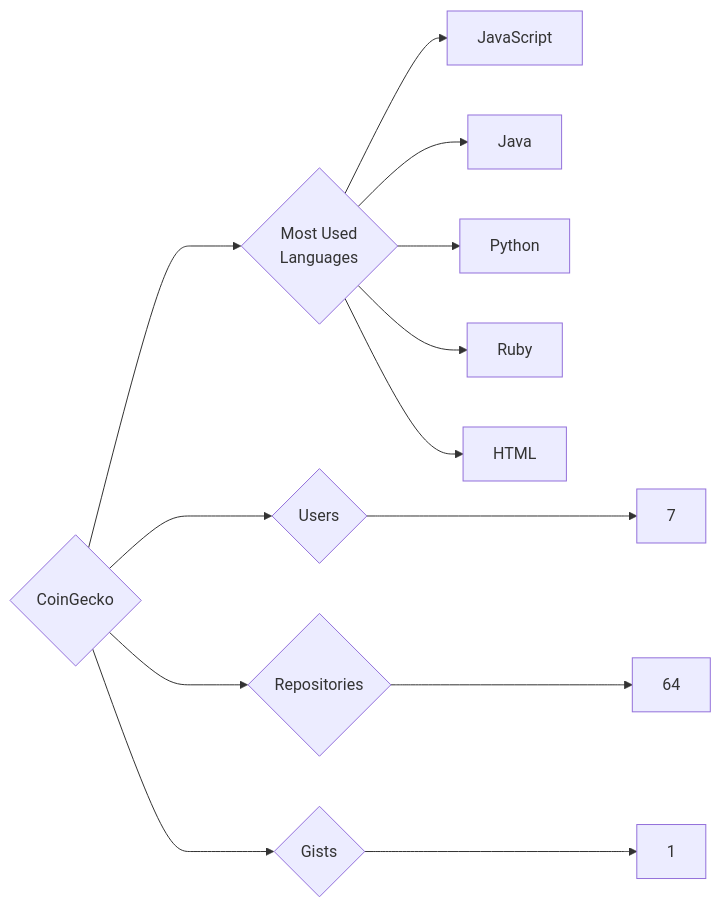
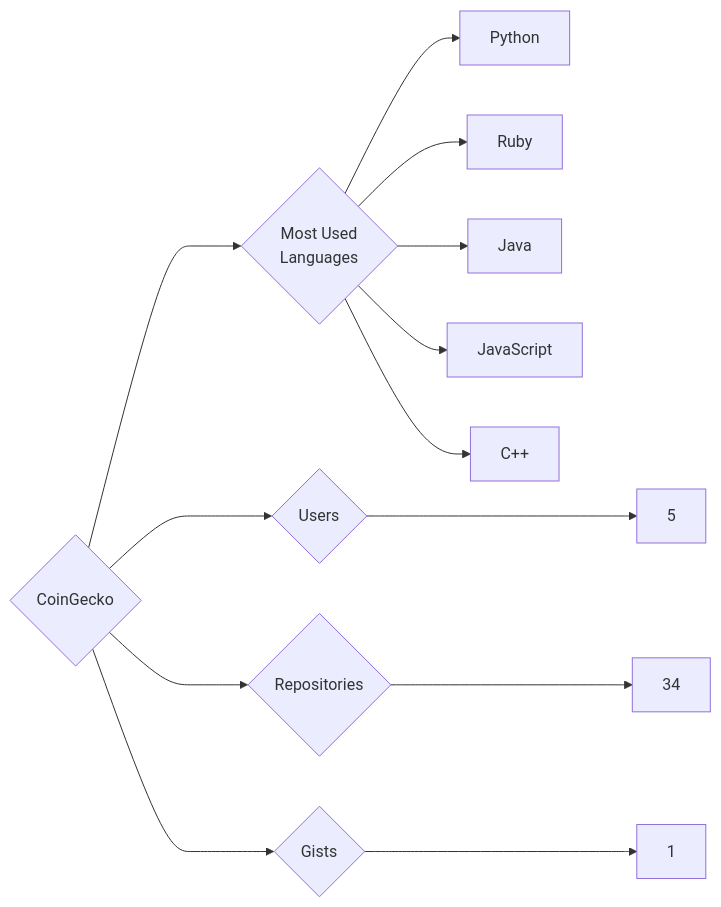
Before and after one commit to trickest/insiders: the diagram in targets/CoinGecko/README.md, drawn with Mermaid. The commit also changed 942 other files, not shown here.

````diff
--- a/targets/CoinGecko/README.md
+++ b/targets/CoinGecko/README.md
@@ -3,13 +3,13 @@
 ```mermaid
 graph LR
 COMPANY_NAME{CoinGecko}
-COMPANY_NAME ---> U{Users} ---> UN[7]
-COMPANY_NAME ---> R{Repositories} ---> RN[64]
+COMPANY_NAME ---> U{Users} ---> UN[5]
+COMPANY_NAME ---> R{Repositories} ---> RN[34]
 COMPANY_NAME ---> G{Gists} ---> GN[1]
 COMPANY_NAME ---> ML{Most Used<br>Languages}
-ML --> JavaScript[JavaScript]
-ML --> Java[Java]
 ML --> Python[Python]
 ML --> Ruby[Ruby]
-ML --> HTML[HTML]
+ML --> Java[Java]
+ML --> JavaScript[JavaScript]
+ML --> C++[C++]
 ```
````
